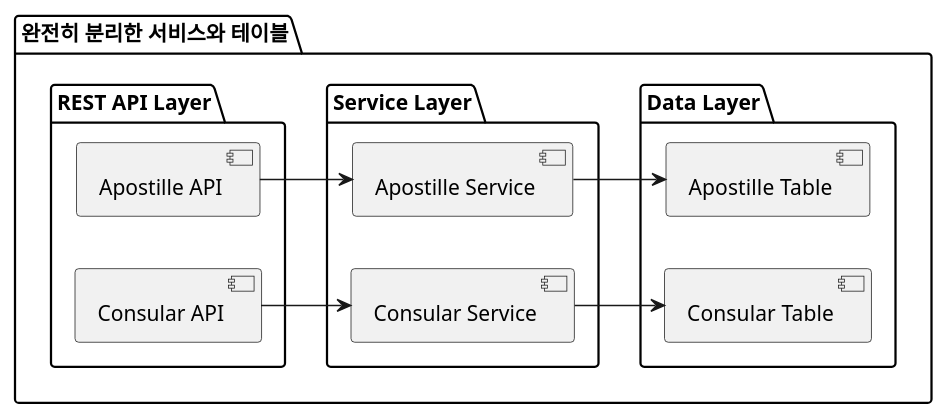
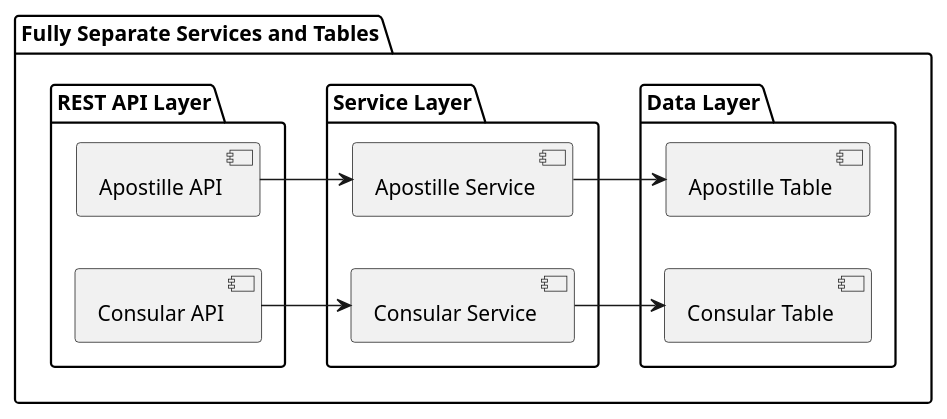
The fifth of 6 diagrams in _posts/2024-05-04-ebi-en.md (mannercode/mannercode.github.io), drawn with PlantUML before and after one commit. The commit also changed other lines of this file, not shown here.

```diff
--- a/_posts/2024-05-04-ebi-en.md
+++ b/_posts/2024-05-04-ebi-en.md
@@ -275,28 +277,28 @@
 {% plantuml %}
 @startuml
 left to right direction
 
-package "완전히 분리한 서비스와 테이블" {
+package "Fully Separate Services and Tables" {
     package "REST API Layer" {
     [Apostille API]
     [Consular API]
     }
 
     package "Service Layer" {
     [Apostille Service]
     [Consular Service]
     }
 
     package "Data Layer" {
     [Apostille Table]
     [Consular Table]
     }
 
     [Apostille API] --> [Apostille Service]
     [Consular API] --> [Consular Service]
     [Apostille Service] --> [Apostille Table]
     [Consular Service] --> [Consular Table]
 }
 
 @enduml
 {% endplantuml %}
```
